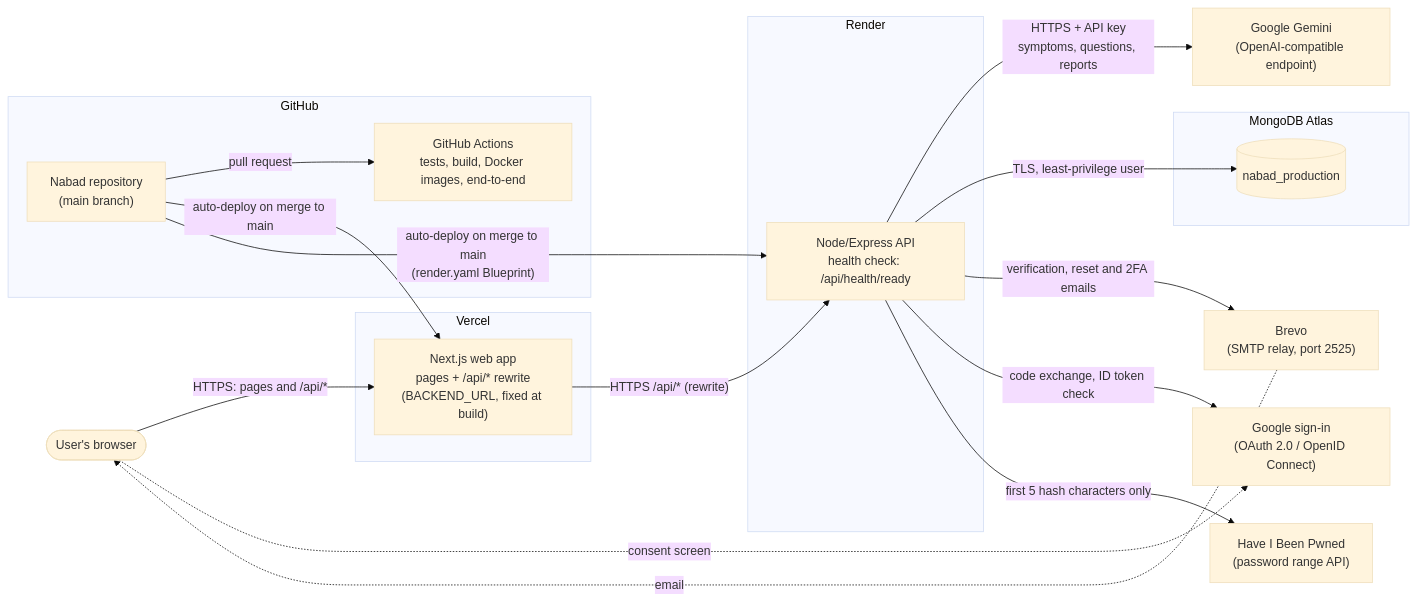
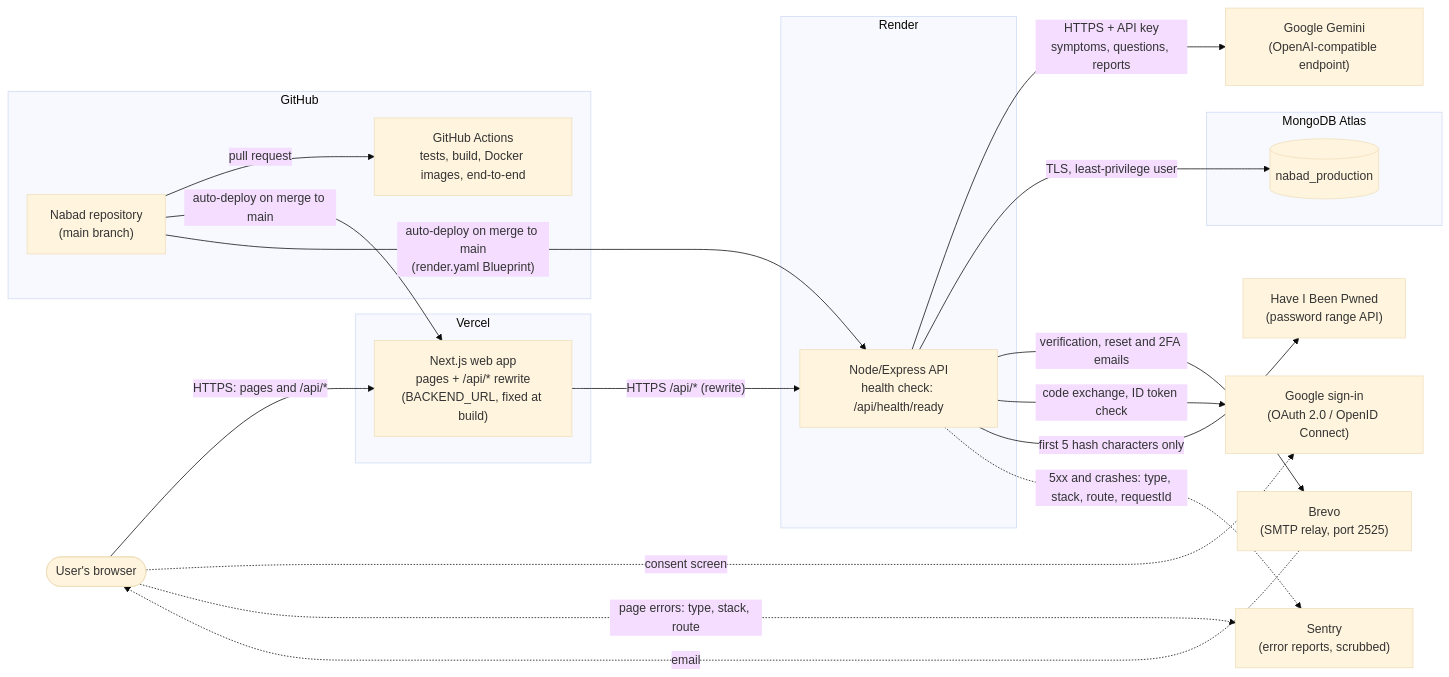
The first of 3 diagrams in docs/architecture.md (Nabad-team/Nabad), drawn with Mermaid (base theme) before and after one commit. The commit also changed other lines of this file and 6 other files, not shown here.

Commit message:
Document error tracking and its scrubbing rules, add SENTRY_DSN to Render and the env examples, and update the privacy policy

````diff
--- a/docs/architecture.md
+++ b/docs/architecture.md
@@ -12,41 +12,44 @@
 ```mermaid
 flowchart LR
     user(["User's browser"])
 
     subgraph vercel["Vercel"]
         next["Next.js web app<br/>pages + /api/* rewrite<br/>(BACKEND_URL, fixed at build)"]
     end
 
     subgraph render["Render"]
         api["Node/Express API<br/>health check: /api/health/ready"]
     end
 
     gemini["Google Gemini<br/>(OpenAI-compatible endpoint)"]
 
     subgraph atlas["MongoDB Atlas"]
         db[("nabad_production")]
     end
 
     brevo["Brevo<br/>(SMTP relay, port 2525)"]
     google["Google sign-in<br/>(OAuth 2.0 / OpenID Connect)"]
     hibp["Have I Been Pwned<br/>(password range API)"]
+    sentry["Sentry<br/>(error reports, scrubbed)"]
 
     subgraph github["GitHub"]
         repo["Nabad repository<br/>(main branch)"]
         ci["GitHub Actions<br/>tests, build, Docker images, end-to-end"]
     end
 
     user -- "HTTPS: pages and /api/*" --> next
     next -- "HTTPS /api/* (rewrite)" --> api
     api -- "HTTPS + API key<br/>symptoms, questions, reports" --> gemini
     api -- "TLS, least-privilege user" --> db
     api -- "verification, reset and 2FA emails" --> brevo
     brevo -. "email" .-> user
     user -. "consent screen" .-> google
     api -- "code exchange, ID token check" --> google
     api -- "first 5 hash characters only" --> hibp
+    api -. "5xx and crashes: type, stack, route, requestId" .-> sentry
+    user -. "page errors: type, stack, route" .-> sentry
 
     repo -- "pull request" --> ci
     repo -- "auto-deploy on merge to main" --> next
     repo -- "auto-deploy on merge to main<br/>(render.yaml Blueprint)" --> api
 ```
````
